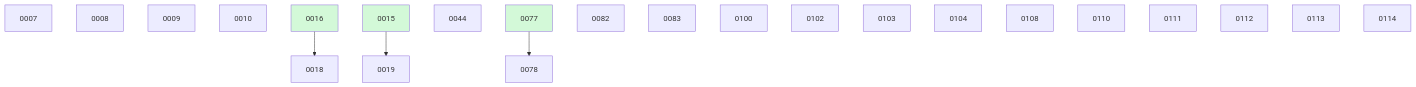
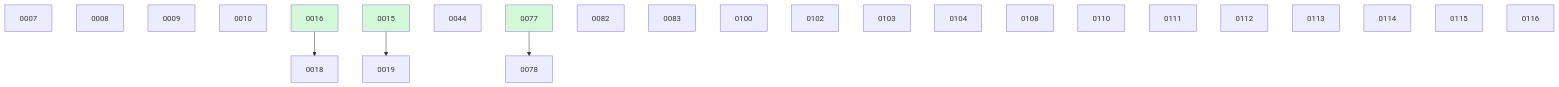
The diagram in docs/changes/BOARD.md (danielhanold/docket), drawn with Mermaid before and after one commit. The commit also changed other lines of this file, not shown here.

````diff
--- a/docs/changes/BOARD.md
+++ b/docs/changes/BOARD.md
@@ -45,27 +42,29 @@
 ```mermaid
 graph TD
   0007
   0008
   0009
   0010
   0016 --> 0018
   0015 --> 0019
   0044
   0077 --> 0078
   0082
   0083
   0100
   0102
   0103
   0104
   0108
   0110
   0111
   0112
   0113
   0114
+  0115
+  0116
   0015:::done
   0016:::done
   0077:::done
   classDef done fill:#d3f9d8;
 ```
````
